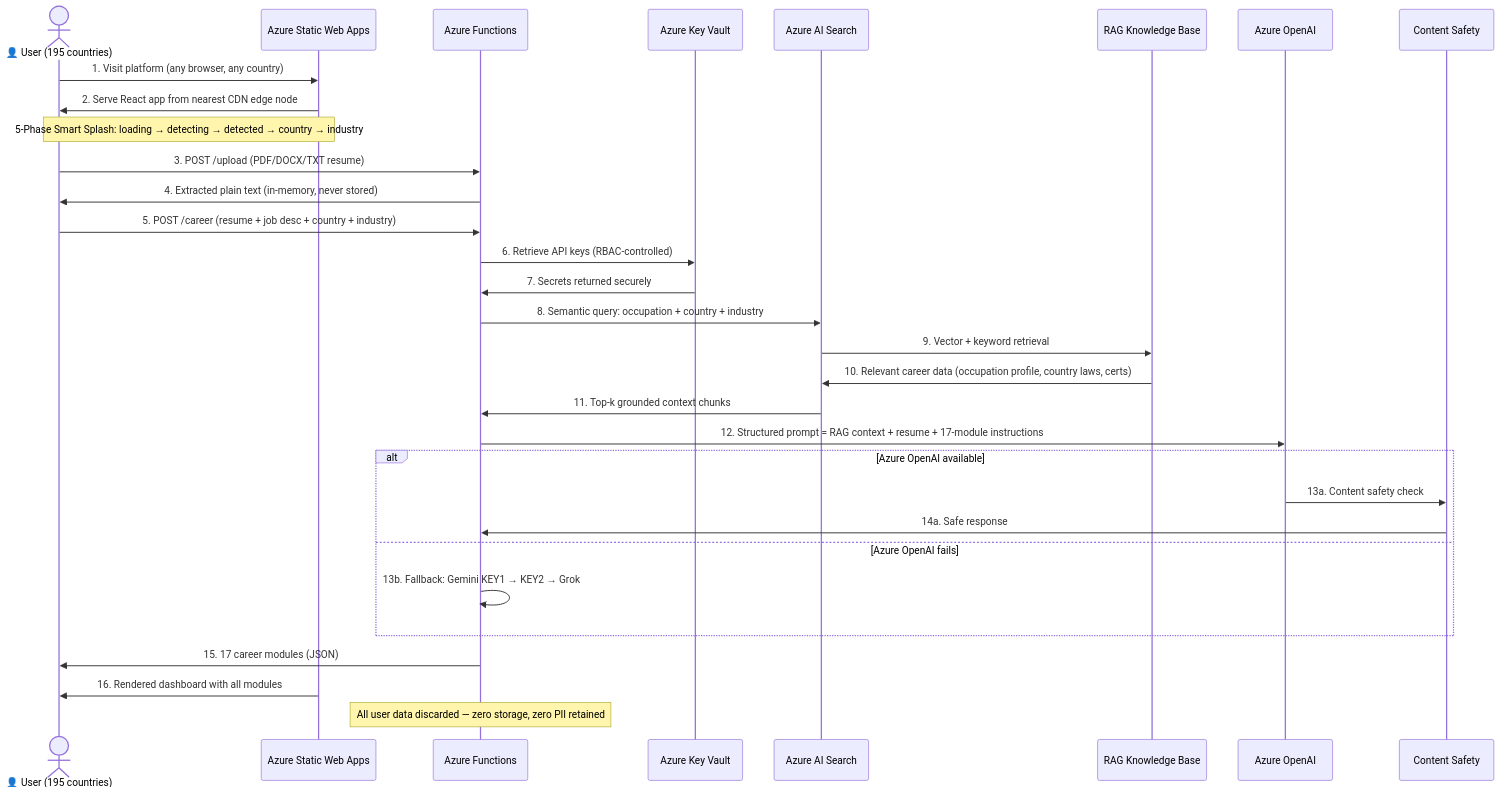
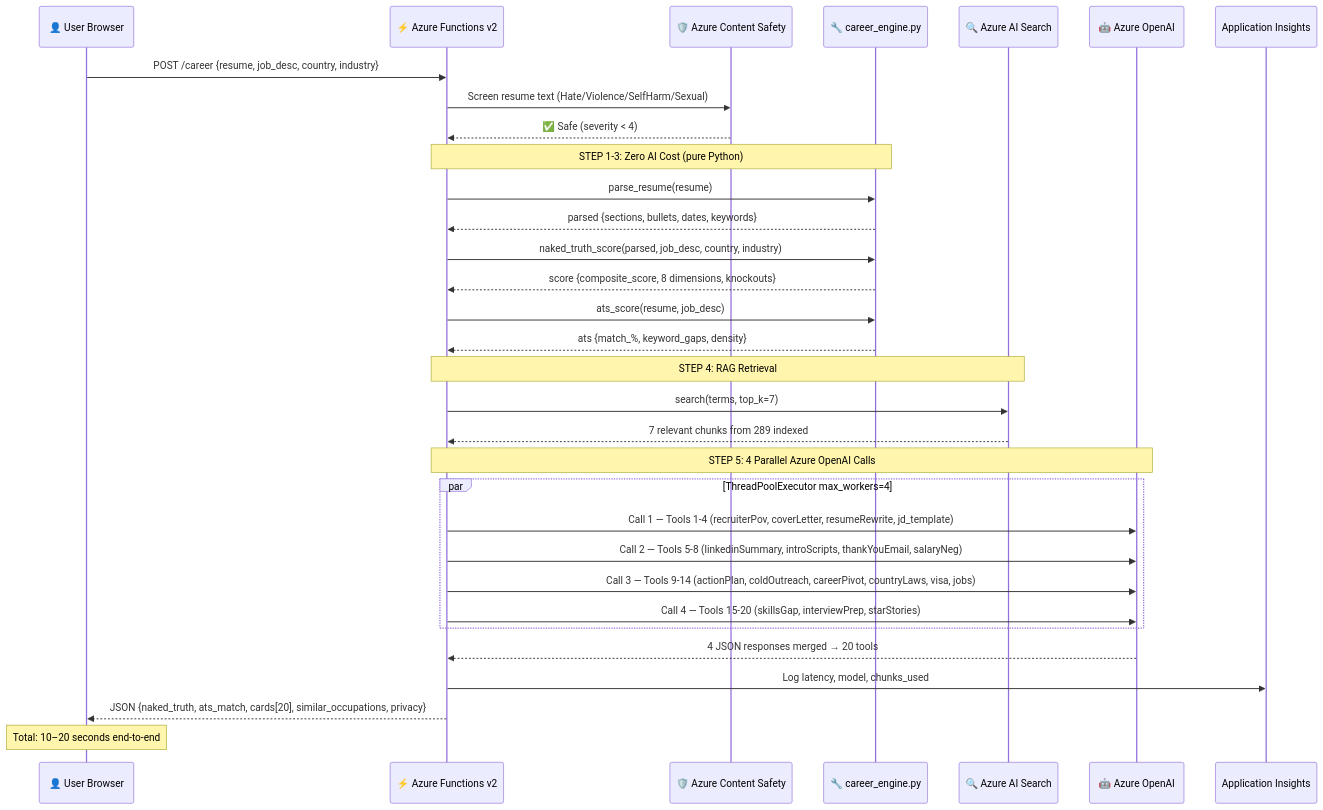
One commit to shahzadms7/v3 changed the second of 5 diagrams in ARCHITECTURE.md. Above: the diagram before and after it, drawn with Mermaid. The commit also changed other lines of this file and 2 other files, not shown here.

First line of the commit message:
Add submission PPTX with screenshots and fix ARCHITECTURE.md

````diff
--- a/ARCHITECTURE.md
+++ b/ARCHITECTURE.md
@@ -113,43 +100,39 @@
 ```mermaid
 sequenceDiagram
-    actor User as 👤 User (195 countries)
-    participant CDN as Azure Static Web Apps
-    participant Func as Azure Functions
-    participant KV as Azure Key Vault
-    participant Search as Azure AI Search
-    participant RAG as RAG Knowledge Base
-    participant OAI as Azure OpenAI
-    participant CS as Content Safety
+    participant User as 👤 User Browser
+    participant AzFunc as ⚡ Azure Functions v2
+    participant Safety as 🛡️ Azure Content Safety
+    participant Engine as 🔧 career_engine.py
+    participant Search as 🔍 Azure AI Search
+    participant OAI as 🤖 Azure OpenAI
+    participant MI as Application Insights
 
-    User->>CDN: 1. Visit platform (any browser, any country)
-    CDN->>User: 2. Serve React app from nearest CDN edge node
+    User->>AzFunc: POST /career {resume, job_desc, country, industry}
+    AzFunc->>Safety: Screen resume text (Hate/Violence/SelfHarm/Sexual)
+    Safety-->>AzFunc: ✅ Safe (severity < 4)
 
-    Note over User,CDN: 5-Phase Smart Splash: loading → detecting → detected → country → industry
+    Note over AzFunc,Engine: STEP 1-3: Zero AI Cost (pure Python)
+    AzFunc->>Engine: parse_resume(resume)
+    Engine-->>AzFunc: parsed {sections, bullets, dates, keywords}
+    AzFunc->>Engine: naked_truth_score(parsed, job_desc, country, industry)
+    Engine-->>AzFunc: score {composite_score, 8 dimensions, knockouts}
+    AzFunc->>Engine: ats_score(resume, job_desc)
+    Engine-->>AzFunc: ats {match_%, keyword_gaps, density}
 
-    User->>Func: 3. POST /upload (PDF/DOCX/TXT resume)
-    Func->>User: 4. Extracted plain text (in-memory, never stored)
+    Note over AzFunc,Search: STEP 4: RAG Retrieval
+    AzFunc->>Search: search(terms, top_k=7)
+    Search-->>AzFunc: 7 relevant chunks from 289 indexed
 
-    User->>Func: 5. POST /career (resume + job desc + country + industry)
+    Note over AzFunc,OAI: STEP 5: 4 Parallel Azure OpenAI Calls
+    par ThreadPoolExecutor max_workers=4
+        AzFunc->>OAI: Call 1 — Tools 1-4 (recruiterPov, coverLetter, resumeRewrite, jd_template)
+        AzFunc->>OAI: Call 2 — Tools 5-8 (linkedinSummary, introScripts, thankYouEmail, salaryNeg)
+        AzFunc->>OAI: Call 3 — Tools 9-14 (actionPlan, coldOutreach, careerPivot, countryLaws, visa, jobs)
+        AzFunc->>OAI: Call 4 — Tools 15-20 (skillsGap, interviewPrep, starStories)
+    end
+    OAI-->>AzFunc: 4 JSON responses merged → 20 tools
 
-    Func->>KV: 6. Retrieve API keys (RBAC-controlled)
-    KV->>Func: 7. Secrets returned securely
-
-    Func->>Search: 8. Semantic query: occupation + country + industry
-    Search->>RAG: 9. Vector + keyword retrieval
-    RAG->>Search: 10. Relevant career data (occupation profile, country laws, certs)
-    Search->>Func: 11. Top-k grounded context chunks
-
-    Func->>OAI: 12. Structured prompt = RAG context + resume + 17-module instructions
-
-    alt Azure OpenAI available
-        OAI->>CS: 13a. Content safety check
-        CS->>Func: 14a. Safe response
-    else Azure OpenAI fails
-        Func->>Func: 13b. Fallback: Gemini KEY1 → KEY2 → Grok
-    end
-
-    Func->>User: 15. 17 career modules (JSON)
-    CDN->>User: 16. Rendered dashboard with all modules
-
-    Note over Func: All user data discarded — zero storage, zero PII retained
+    AzFunc->>MI: Log latency, model, chunks_used
+    AzFunc-->>User: JSON {naked_truth, ats_match, cards[20], similar_occupations, privacy}
+    Note over User: Total: 10–20 seconds end-to-end
 ```
````
